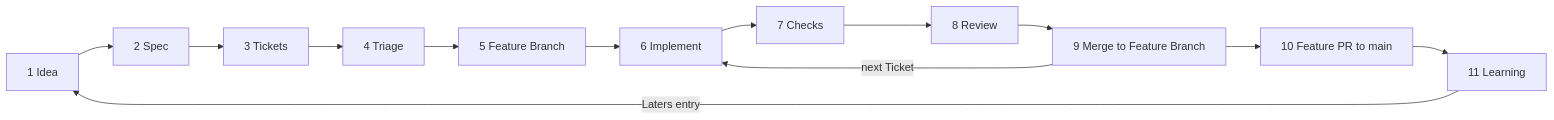
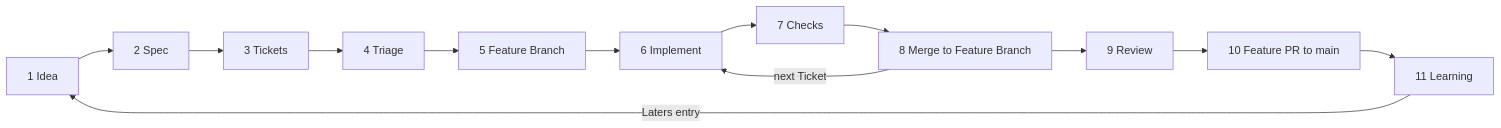
One commit to nguyenhothanhtam0709/mattpocock-skills-test-chat-app changed the diagram in docs/factory/overview.md. Above: the diagram before and after it, drawn with Mermaid. The commit also changed other lines of this file and 3 other files, not shown here.

Commit message:
Factory: drop the Merger, add a model per Role, review the whole Feature Branch

````diff
--- a/docs/factory/overview.md
+++ b/docs/factory/overview.md
@@ -11,9 +11,9 @@
 ```mermaid
 flowchart LR
   idea[1 Idea] --> spec[2 Spec] --> tickets[3 Tickets] --> triage[4 Triage]
   triage --> feature[5 Feature Branch] --> implement[6 Implement]
-  implement --> checks[7 Checks] --> review[8 Review] --> merge[9 Merge to Feature Branch]
+  implement --> checks[7 Checks] --> merge[8 Merge to Feature Branch]
   merge -->|next Ticket| implement
-  merge --> main[10 Feature PR to main] --> learn[11 Learning]
+  merge --> review[9 Review] --> main[10 Feature PR to main] --> learn[11 Learning]
   learn -->|Laters entry| idea
 ```
````
